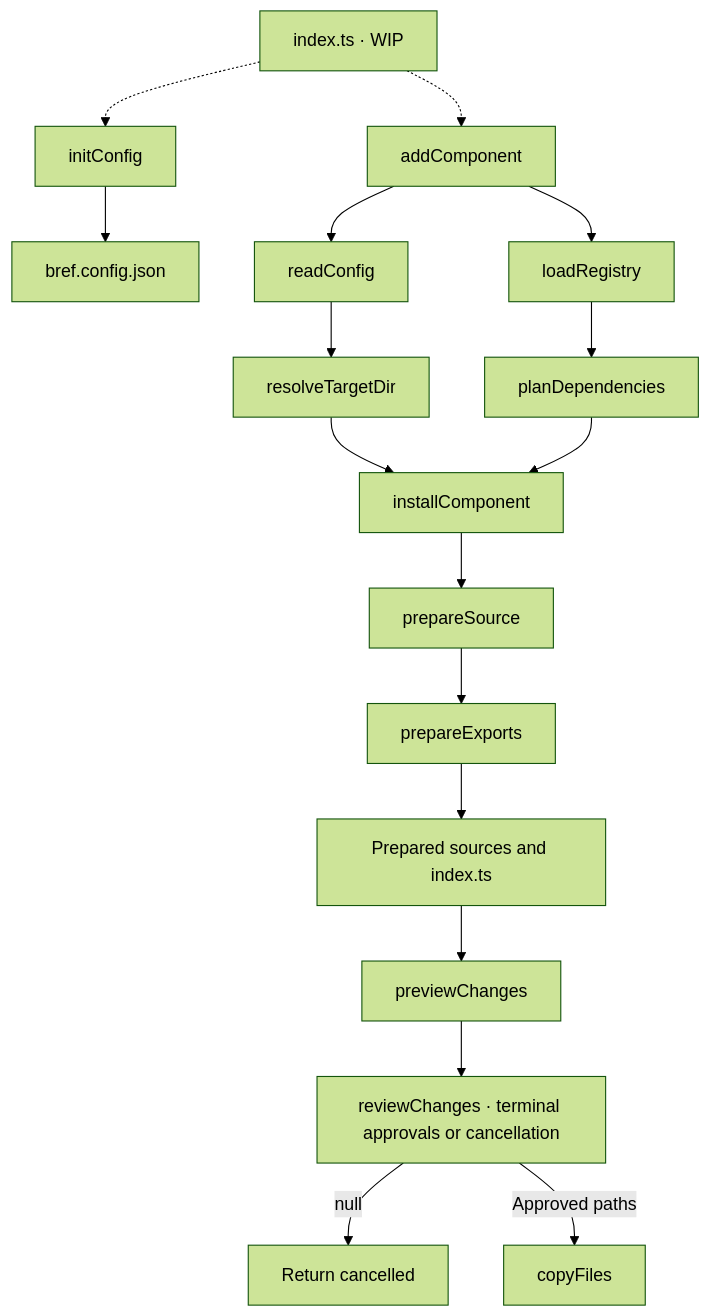
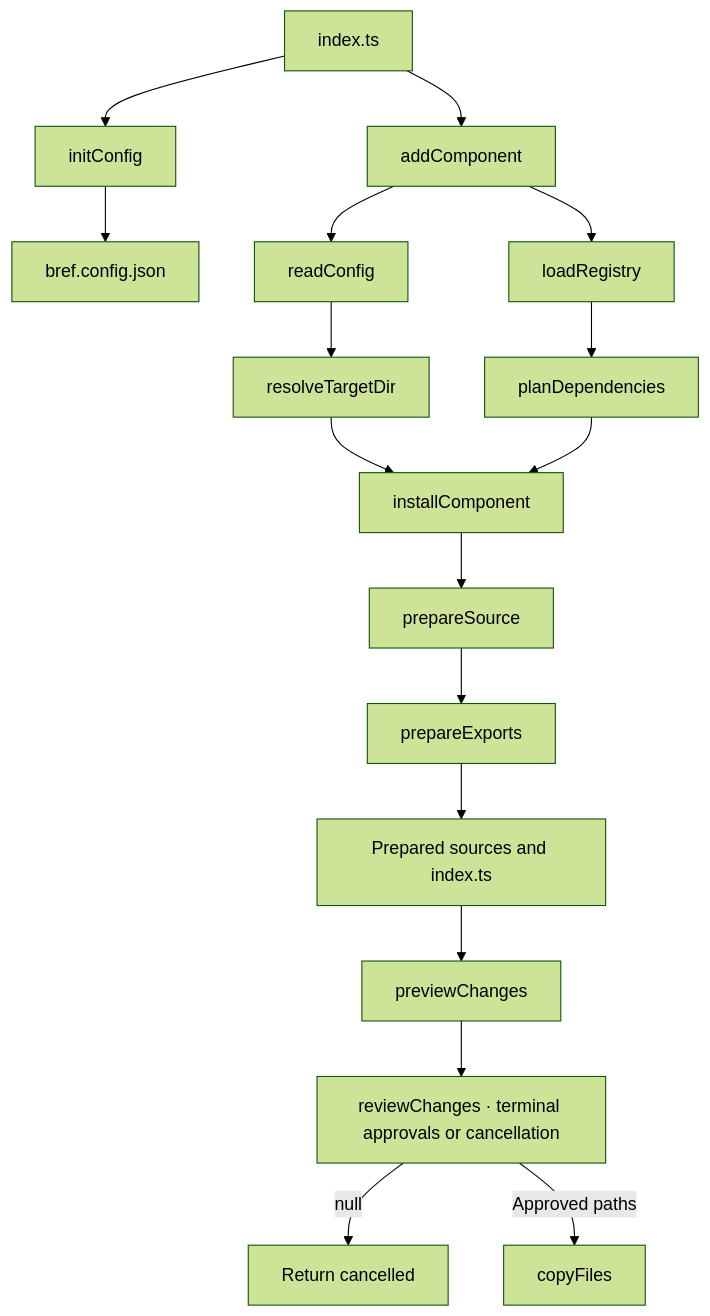
The diagram in cli/README.md (feuersteiner/bref-ui), drawn with Mermaid (forest theme) before and after one commit. The commit also changed other lines of this file and 6 other files, not shown here.

````diff
--- a/cli/README.md
+++ b/cli/README.md
@@ -13,19 +19,19 @@
 ```mermaid
 flowchart TD
-    entry["index.ts · WIP"] -.-> init["initConfig"]
-    entry -.-> add["addComponent"]
+    entry["index.ts"] --> init["initConfig"]
+    entry --> add["addComponent"]
     init --> config["bref.config.json"]
     add --> read["readConfig"]
     read --> resolve["resolveTargetDir"]
     add --> load["loadRegistry"]
     load --> plan["planDependencies"]
     resolve --> install["installComponent"]
     plan --> install
     install --> prepare["prepareSource"]
     prepare --> exports["prepareExports"]
     exports --> files["Prepared sources and index.ts"]
     files --> preview["previewChanges"]
     preview --> decisions["reviewChanges · terminal approvals or cancellation"]
     decisions -->|null| cancel["Return cancelled"]
     decisions -->|Approved paths| copy["copyFiles"]
 ```
````
